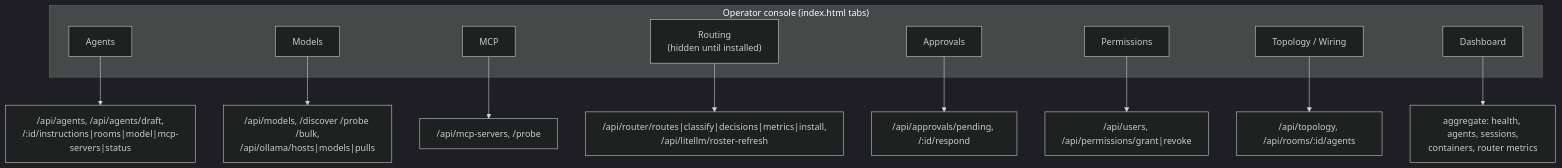
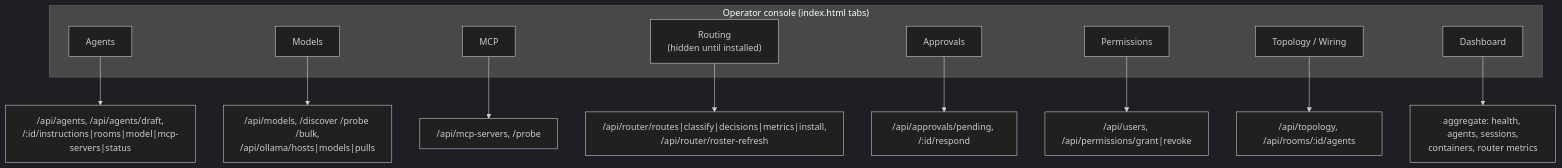
The fourth of 5 diagrams in app/docs/webchat/architecture-diagram.md (javexed/nanoclaw-webchat), drawn with Mermaid (dark theme) before and after one commit. The commit also changed other lines of this file and 347 other files, not shown here.

````diff
--- a/app/docs/webchat/architecture-diagram.md
+++ b/app/docs/webchat/architecture-diagram.md
@@ -124,22 +124,22 @@
 ```mermaid
 flowchart TB
   subgraph Console["Operator console (index.html tabs)"]
     Agents["Agents"]
     Models["Models"]
     MCP["MCP"]
     Routing["Routing<br/>(hidden until installed)"]
     Approvals["Approvals"]
     Permissions["Permissions"]
     Topology["Topology / Wiring"]
     Dashboard["Dashboard"]
   end
 
   Agents --> R1["/api/agents, /api/agents/draft,<br/>/:id/instructions|rooms|model|mcp-servers|status"]
   Models --> R2["/api/models, /discover /probe /bulk,<br/>/api/ollama/hosts|models|pulls"]
   MCP --> R3["/api/mcp-servers, /probe"]
-  Routing --> R4["/api/router/routes|classify|decisions|metrics|install,<br/>/api/litellm/roster-refresh"]
+  Routing --> R4["/api/router/routes|classify|decisions|metrics|install,<br/>/api/router/roster-refresh"]
   Approvals --> R5["/api/approvals/pending, /:id/respond"]
   Permissions --> R6["/api/users, /api/permissions/grant|revoke"]
   Topology --> R7["/api/topology, /api/rooms/:id/agents"]
   Dashboard --> R8["aggregate: health, agents, sessions,<br/>containers, router metrics"]
 ```
````
